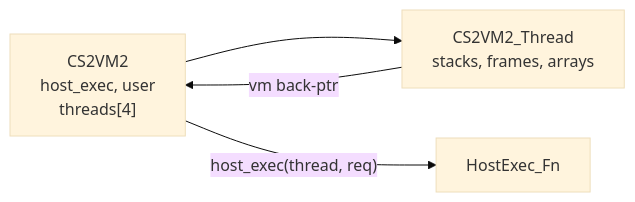
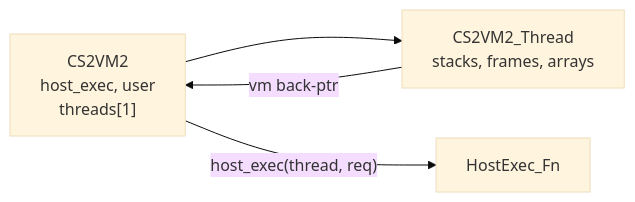
Before and after one commit to MRobertEvers/oldschool-clientc: the diagram in src/cs2vm2/README.md, drawn with Mermaid (base theme). The commit also changed other lines of this file and 135 other files, not shown here.

````diff
--- a/src/cs2vm2/README.md
+++ b/src/cs2vm2/README.md
@@ -38,9 +38,9 @@
 ```mermaid
 flowchart LR
-  CS2VM2["CS2VM2\nhost_exec, user\nthreads[4]"]
+  CS2VM2["CS2VM2\nhost_exec, user\nthreads[1]"]
   T0["CS2VM2_Thread\nstacks, frames, arrays"]
   Host["HostExec_Fn"]
   CS2VM2 --> T0
   T0 -->|"vm back-ptr"| CS2VM2
   CS2VM2 -->|"host_exec(thread, req)"| Host
 ```
````
